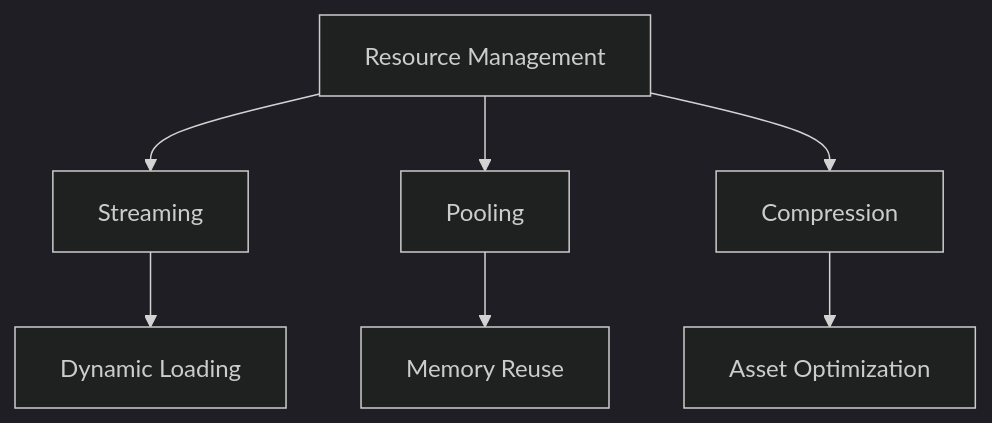
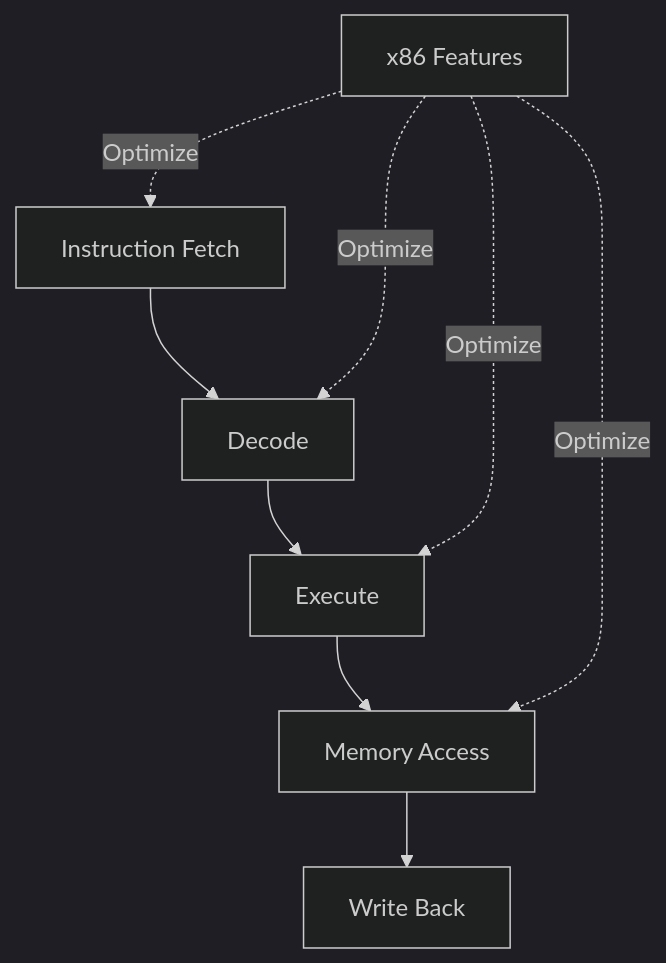
Before and after one commit to ariargenta/yashima-engine: the ninth of 18 diagrams in docs/design/vision-and-scope.md, drawn with Mermaid (dark theme). The commit also changed other lines of this file, not shown here.

````diff
--- a/docs/design/vision-and-scope.md
+++ b/docs/design/vision-and-scope.md
@@ -560,9 +565,12 @@
 ```mermaid
 graph TD
-    A[Resource Management] --> B[Streaming]
-    A --> C[Pooling]
-    A --> D[Compression]
-    B --> E[Dynamic Loading]
-    C --> F[Memory Reuse]
-    D --> G[Asset Optimization]
+    A[Instruction Fetch] --> B[Decode]
+    B --> C[Execute]
+    C --> D[Memory Access]
+    D --> E[Write Back]
+    
+    F[x86 Features] -.->|Optimize| A
+    F -.->|Optimize| B
+    F -.->|Optimize| C
+    F -.->|Optimize| D
 ```
````
